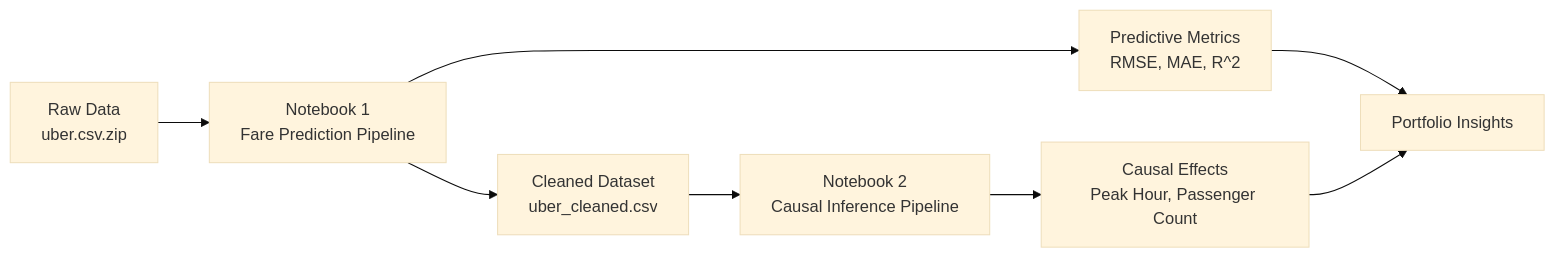
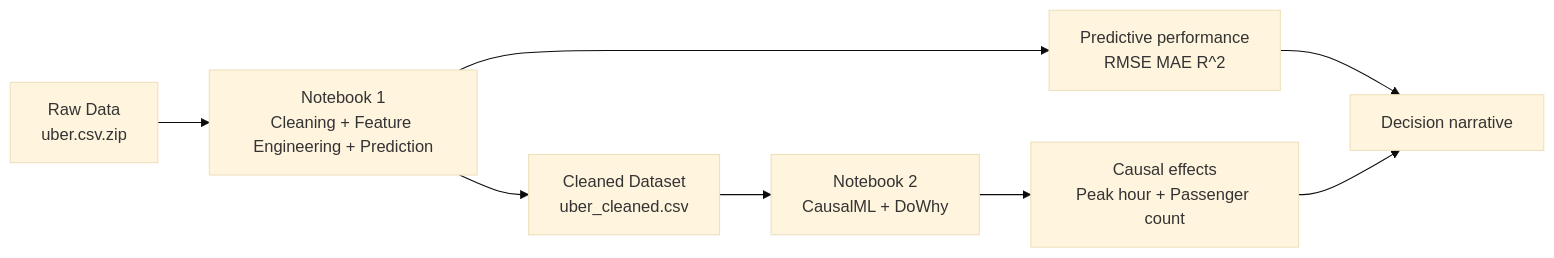
One commit to MaralVahedi/uber-fare-analysis changed the diagram in README.md. Above: the diagram before and after it, drawn with Mermaid (base theme). The commit also changed other lines of this file, not shown here.

Commit message:
Rewrite README as full data science case study narrative

````diff
--- a/README.md
+++ b/README.md
@@ -36,10 +47,10 @@
 ```mermaid
 flowchart LR
-    A[Raw Data<br/>uber.csv.zip] --> B[Notebook 1<br/>Fare Prediction Pipeline]
+    A[Raw Data<br/>uber.csv.zip] --> B[Notebook 1<br/>Cleaning + Feature Engineering + Prediction]
     B --> C[Cleaned Dataset<br/>uber_cleaned.csv]
-    C --> D[Notebook 2<br/>Causal Inference Pipeline]
-    B --> E[Predictive Metrics<br/>RMSE, MAE, R^2]
-    D --> F[Causal Effects<br/>Peak Hour, Passenger Count]
-    E --> G[Portfolio Insights]
+    C --> D[Notebook 2<br/>CausalML + DoWhy]
+    B --> E[Predictive performance<br/>RMSE MAE R^2]
+    D --> F[Causal effects<br/>Peak hour + Passenger count]
+    E --> G[Decision narrative]
     F --> G
 ```
````
